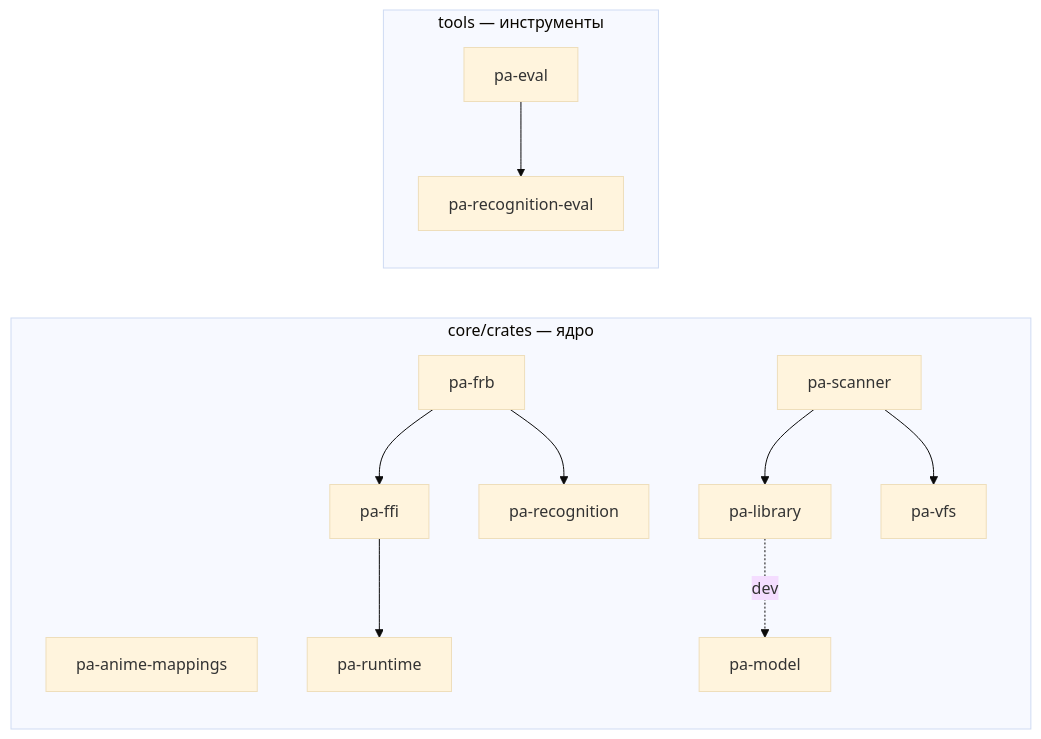
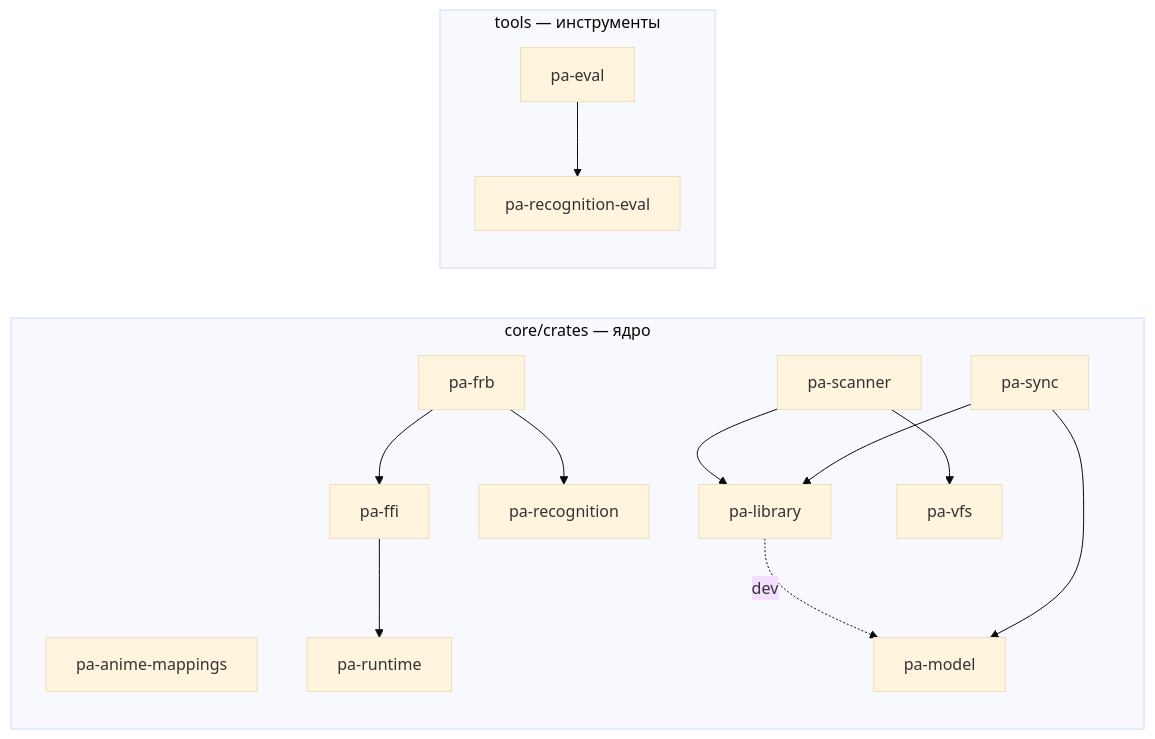
Before and after one commit to DenisHumen/project_alpha: the diagram in docs/dev/crate-graph.md, drawn with Mermaid (base theme). The commit also changed other lines of this file and 1 other file, not shown here.

Commit message:
chore: refresh Cargo.lock and crate graph

````diff
--- a/docs/dev/crate-graph.md
+++ b/docs/dev/crate-graph.md
@@ -12,25 +12,28 @@
 ```mermaid
 flowchart LR
   subgraph g0["core/crates — ядро"]
     pa_anime_mappings["pa-anime-mappings"]
     pa_ffi["pa-ffi"]
     pa_frb["pa-frb"]
     pa_library["pa-library"]
     pa_model["pa-model"]
     pa_recognition["pa-recognition"]
     pa_runtime["pa-runtime"]
     pa_scanner["pa-scanner"]
+    pa_sync["pa-sync"]
     pa_vfs["pa-vfs"]
   end
   subgraph g1["tools — инструменты"]
     pa_eval["pa-eval"]
     pa_recognition_eval["pa-recognition-eval"]
   end
   pa_eval --> pa_recognition_eval
   pa_ffi --> pa_runtime
   pa_frb --> pa_ffi
   pa_frb --> pa_recognition
   pa_library -. dev .-> pa_model
   pa_scanner --> pa_library
   pa_scanner --> pa_vfs
+  pa_sync --> pa_library
+  pa_sync --> pa_model
 ```
````
